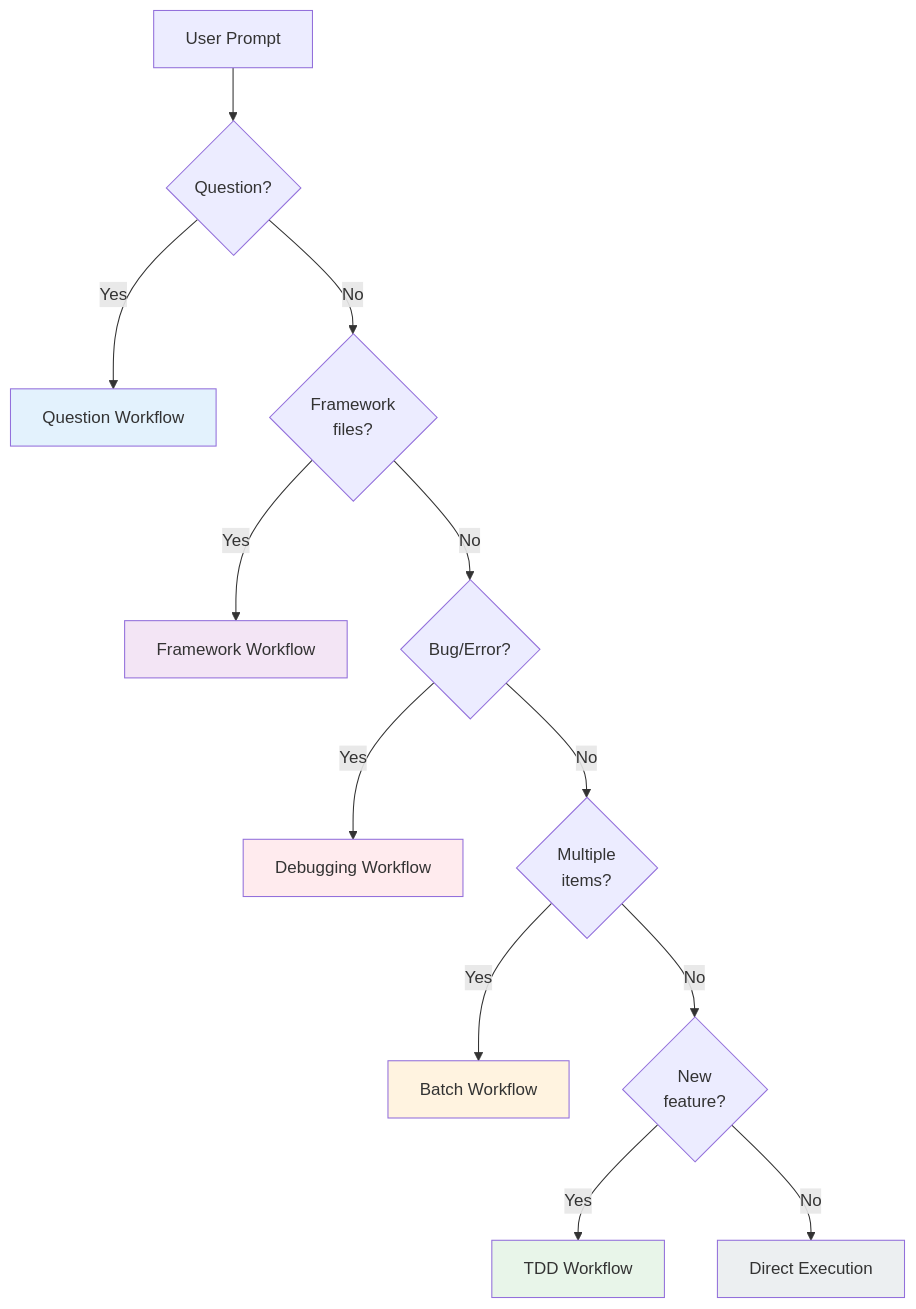
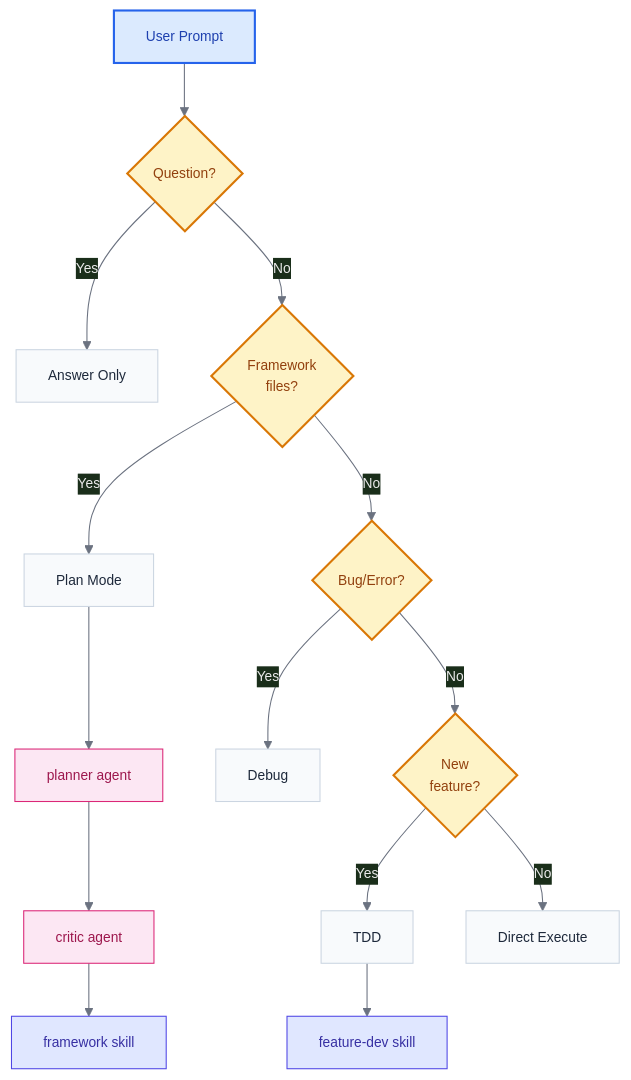
One commit to nicsuzor/academicOps changed the second of 2 diagrams in aops-core/specs/FLOW.md. Above: the diagram before and after it, drawn with Mermaid. The commit also changed other lines of this file and 121 other files, not shown here.

````diff
--- a/aops-core/specs/FLOW.md
+++ b/aops-core/specs/FLOW.md
@@ -356,21 +118,46 @@
 ```mermaid
-flowchart TD
-    P[User Prompt] --> Q{Question?}
-    Q -->|Yes| QA[Question Workflow]
-    Q -->|No| F{Framework<br/>files?}
-    F -->|Yes| FW[Framework Workflow]
-    F -->|No| B{Bug/Error?}
-    B -->|Yes| DB[Debugging Workflow]
-    B -->|No| M{Multiple<br/>items?}
-    M -->|Yes| BA[Batch Workflow]
-    M -->|No| N{New<br/>feature?}
-    N -->|Yes| TD[TDD Workflow]
-    N -->|No| DI[Direct Execution]
+%%{init: {
+  'theme': 'base',
+  'themeVariables': {
+    'primaryColor': '#1a1a2e',
+    'primaryTextColor': '#eaeaea',
+    'lineColor': '#6b7280',
+    'fontSize': '13px'
+  }
+}}%%
+flowchart TB
+    %% === STYLING ===
+    classDef input fill:#dbeafe,stroke:#2563eb,stroke-width:2px,color:#1e40af
+    classDef decision fill:#fef3c7,stroke:#d97706,stroke-width:2px,color:#92400e
+    classDef workflow fill:#f8fafc,stroke:#cbd5e1,stroke-width:1px,color:#1e293b
+    classDef skill fill:#e0e7ff,stroke:#4f46e5,stroke-width:1px,color:#3730a3
+    classDef agent fill:#fce7f3,stroke:#db2777,stroke-width:1px,color:#9d174d
 
-    style QA fill:#e3f2fd
-    style FW fill:#f3e5f5
-    style DB fill:#ffebee
-    style BA fill:#fff3e0
-    style TD fill:#e8f5e9
-    style DI fill:#eceff1
+    P[User Prompt] --> D1{Question?}
+
+    D1 -->|Yes| WQ[Answer Only]
+    D1 -->|No| D2{Framework<br/>files?}
+
+    D2 -->|Yes| WF[Plan Mode]
+    WF --> AF[planner agent]
+    AF --> AC[critic agent]
+    AC --> SF[framework skill]
+
+    D2 -->|No| D3{Bug/Error?}
+
+    D3 -->|Yes| WD[Debug]
+
+    D3 -->|No| D4{New<br/>feature?}
+
+    D4 -->|Yes| WT[TDD]
+    WT --> SFD[feature-dev skill]
+
+    D4 -->|No| WX[Direct Execute]
+
+    %% === APPLY STYLES ===
+    class P input
+    class D1,D2,D3,D4 decision
+    class WQ,WF,WD,WT,WX workflow
+    class SF,SFD skill
+    class AF,AC agent
 ```
````
